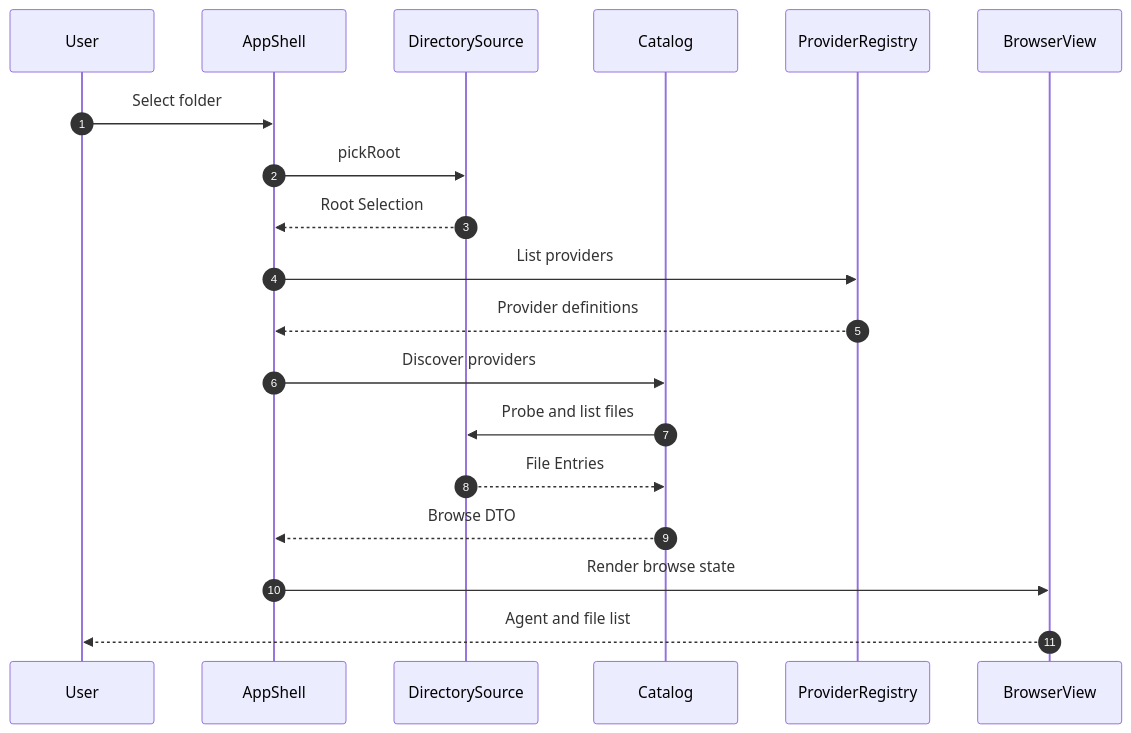
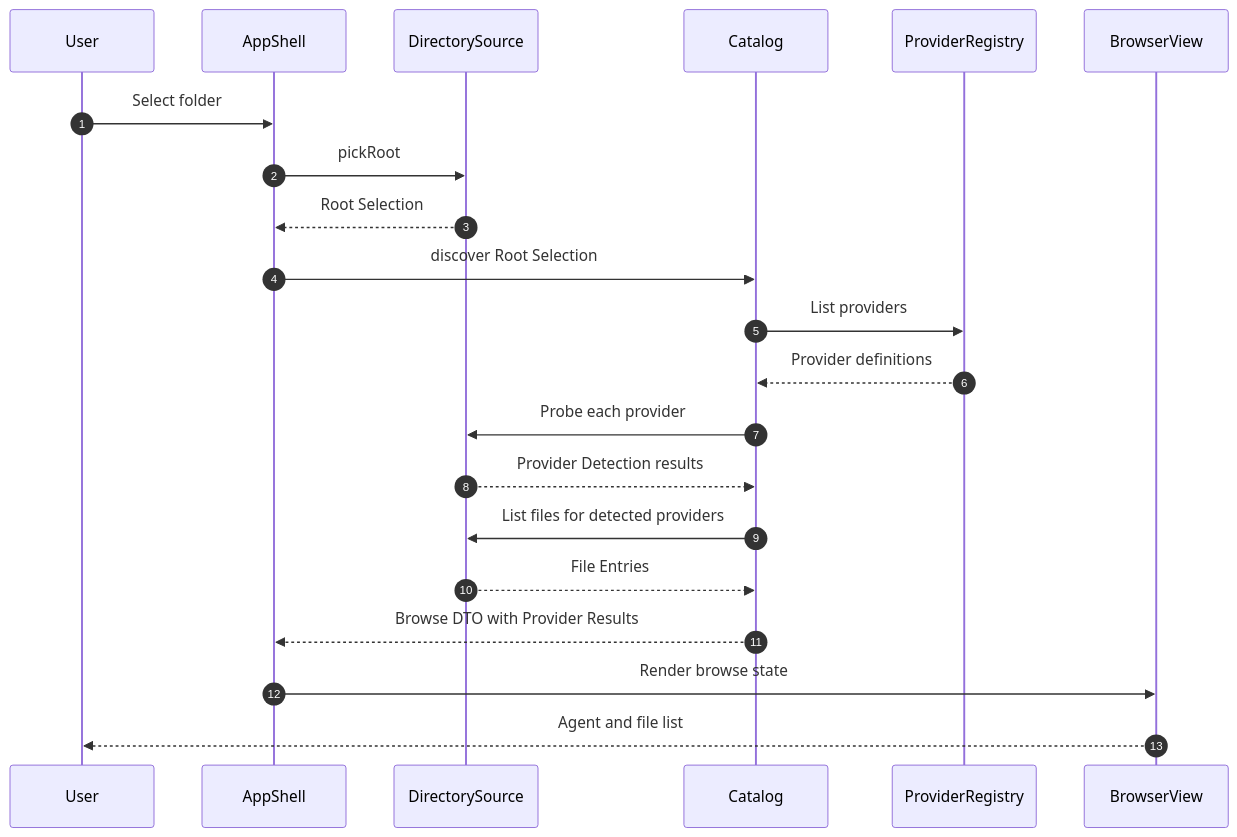
Before and after one commit to xzyozi/agent-config-viewer: the first of 2 diagrams in docs/design/ACV-DD-001_閲覧フロー詳細設計書.md, drawn with Mermaid. The commit also changed other lines of this file and 2 other files, not shown here.

````diff
--- a/docs/design/ACV-DD-001_閲覧フロー詳細設計書.md
+++ b/docs/design/ACV-DD-001_閲覧フロー詳細設計書.md
@@ -64,21 +64,23 @@
 ```mermaid
 sequenceDiagram
     autonumber
     participant User
     participant App as AppShell
     participant Source as DirectorySource
     participant Catalog
     participant Provider as ProviderRegistry
     participant View as BrowserView
     User->>App: Select folder
     App->>Source: pickRoot
     Source-->>App: Root Selection
-    App->>Provider: List providers
-    Provider-->>App: Provider definitions
-    App->>Catalog: Discover providers
-    Catalog->>Source: Probe and list files
+    App->>Catalog: discover Root Selection
+    Catalog->>Provider: List providers
+    Provider-->>Catalog: Provider definitions
+    Catalog->>Source: Probe each provider
+    Source-->>Catalog: Provider Detection results
+    Catalog->>Source: List files for detected providers
     Source-->>Catalog: File Entries
-    Catalog-->>App: Browse DTO
+    Catalog-->>App: Browse DTO with Provider Results
     App->>View: Render browse state
     View-->>User: Agent and file list
 ```
````
